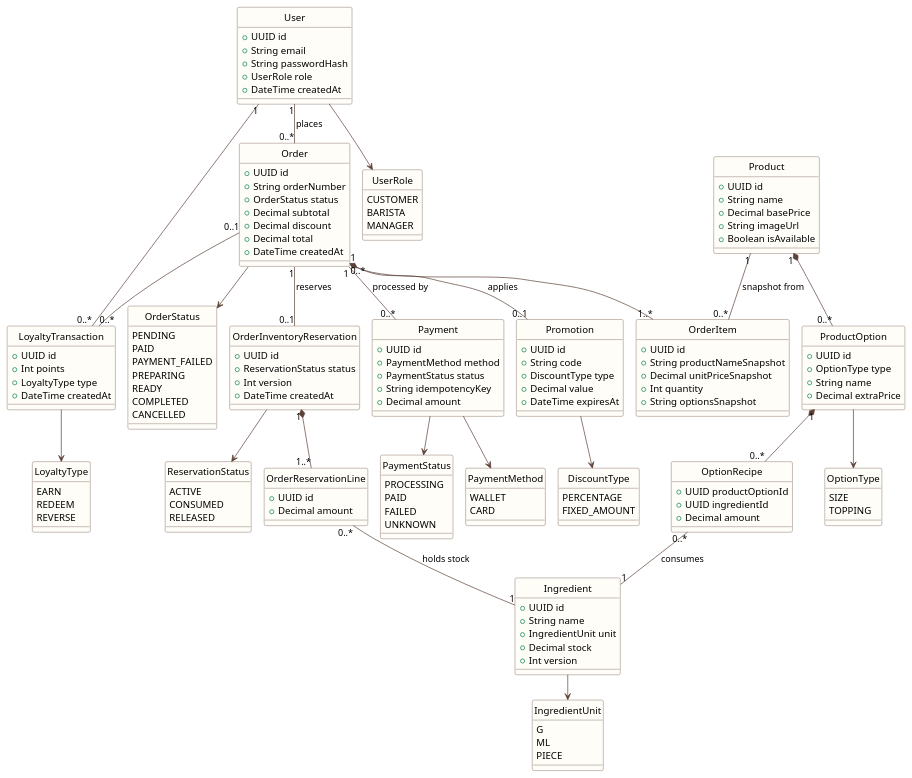
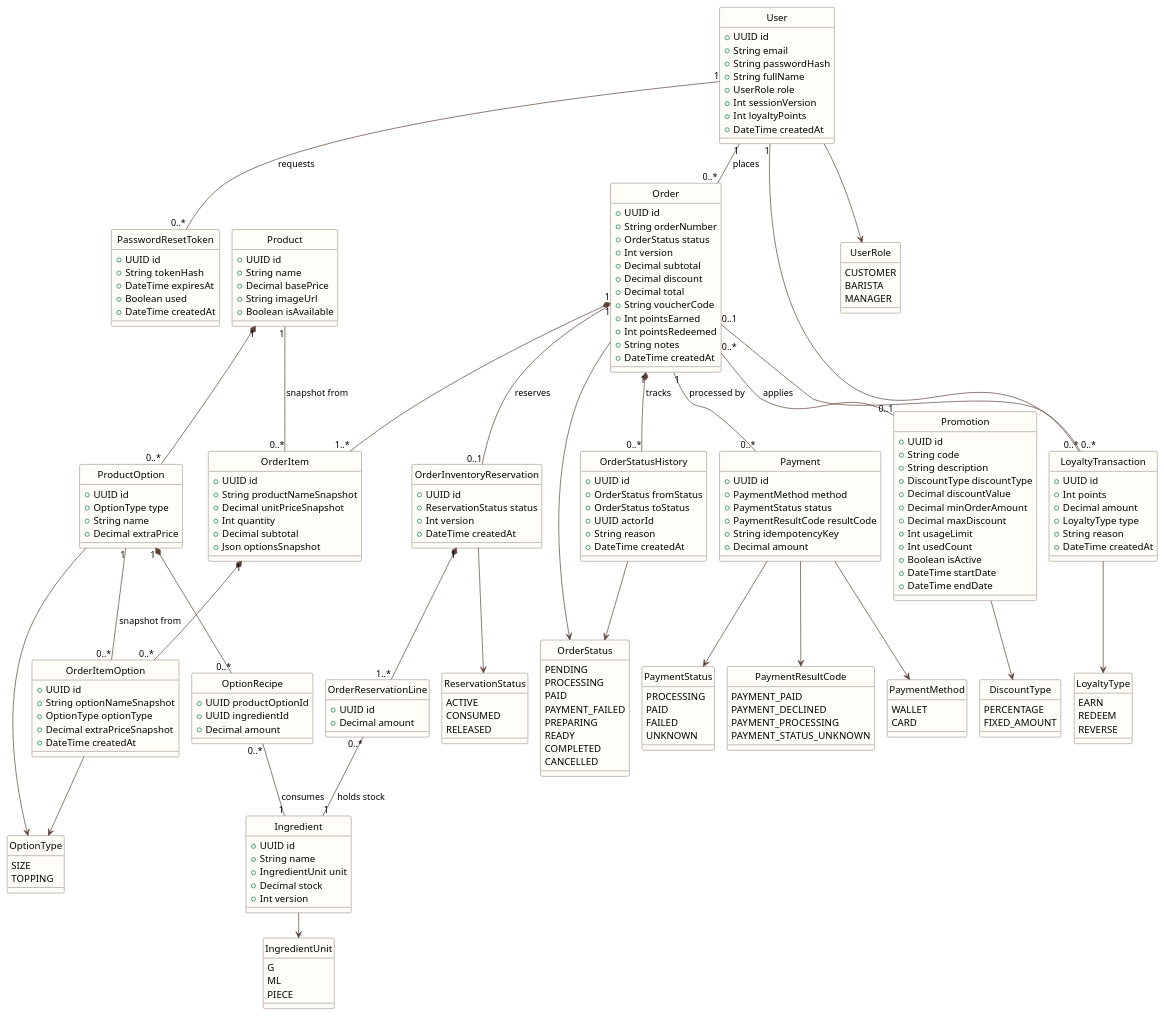
The diagram in docs/diagrams/class-domain.puml (giakhoi0123/Brewlite_swe_project2), drawn with PlantUML before and after one commit. The commit also changed 11 other files, not shown here.

Commit message:
refactor(loyalty): rename LoyaltyLog to LoyaltyTransaction and update diagrams

```diff
--- a/docs/diagrams/class-domain.puml
+++ b/docs/diagrams/class-domain.puml
@@ -13,7 +13,18 @@
   +UUID id
   +String email
   +String passwordHash
+  +String fullName
   +UserRole role
+  +Int sessionVersion
+  +Int loyaltyPoints
+  +DateTime createdAt
+}
+
+class PasswordResetToken {
+  +UUID id
+  +String tokenHash
+  +DateTime expiresAt
+  +Boolean used
   +DateTime createdAt
 }
 
@@ -50,9 +61,14 @@
   +UUID id
   +String orderNumber
   +OrderStatus status
+  +Int version
   +Decimal subtotal
   +Decimal discount
   +Decimal total
+  +String voucherCode
+  +Int pointsEarned
+  +Int pointsRedeemed
+  +String notes
   +DateTime createdAt
 }
 
@@ -61,7 +77,25 @@
   +String productNameSnapshot
   +Decimal unitPriceSnapshot
   +Int quantity
-  +String optionsSnapshot
+  +Decimal subtotal
+  +Json optionsSnapshot
+}
+
+class OrderItemOption {
+  +UUID id
+  +String optionNameSnapshot
+  +OptionType optionType
+  +Decimal extraPriceSnapshot
+  +DateTime createdAt
+}
+
+class OrderStatusHistory {
+  +UUID id
+  +OrderStatus fromStatus
+  +OrderStatus toStatus
+  +UUID actorId
+  +String reason
+  +DateTime createdAt
 }
 
 class OrderInventoryReservation {
@@ -80,6 +114,7 @@
   +UUID id
   +PaymentMethod method
   +PaymentStatus status
+  +PaymentResultCode resultCode
   +String idempotencyKey
   +Decimal amount
 }
@@ -87,15 +122,24 @@
 class Promotion {
   +UUID id
   +String code
-  +DiscountType type
-  +Decimal value
-  +DateTime expiresAt
+  +String description
+  +DiscountType discountType
+  +Decimal discountValue
+  +Decimal minOrderAmount
+  +Decimal maxDiscount
+  +Int usageLimit
+  +Int usedCount
+  +Boolean isActive
+  +DateTime startDate
+  +DateTime endDate
 }
 
 class LoyaltyTransaction {
   +UUID id
   +Int points
+  +Decimal amount
   +LoyaltyType type
+  +String reason
   +DateTime createdAt
 }
 
@@ -106,6 +150,7 @@
 }
 enum OrderStatus {
   PENDING
+  PROCESSING
   PAID
   PAYMENT_FAILED
   PREPARING
@@ -123,6 +168,12 @@
   PAID
   FAILED
   UNKNOWN
+}
+enum PaymentResultCode {
+  PAYMENT_PAID
+  PAYMENT_DECLINED
+  PAYMENT_PROCESSING
+  PAYMENT_STATUS_UNKNOWN
 }
 enum PaymentMethod {
   WALLET
@@ -147,8 +198,12 @@
   REVERSE
 }
 
+User "1" -- "0..*" PasswordResetToken : requests
 User "1" -- "0..*" Order : places
 Order "1" *-- "1..*" OrderItem
+OrderItem "1" *-- "0..*" OrderItemOption
+ProductOption "1" -- "0..*" OrderItemOption : snapshot from
+Order "1" *-- "0..*" OrderStatusHistory : tracks
 Order "1" -- "0..*" Payment : processed by
 Product "1" -- "0..*" OrderItem : snapshot from
 Product "1" *-- "0..*" ProductOption
@@ -160,12 +215,16 @@
 Order "0..*" -- "0..1" Promotion : applies
 User "1" -- "0..*" LoyaltyTransaction
 Order "0..1" -- "0..*" LoyaltyTransaction
+
 User --> UserRole
 Order --> OrderStatus
+OrderStatusHistory --> OrderStatus
 OrderInventoryReservation --> ReservationStatus
 Payment --> PaymentStatus
+Payment --> PaymentResultCode
 Payment --> PaymentMethod
 ProductOption --> OptionType
+OrderItemOption --> OptionType
 Ingredient --> IngredientUnit
 Promotion --> DiscountType
 LoyaltyTransaction --> LoyaltyType
```
